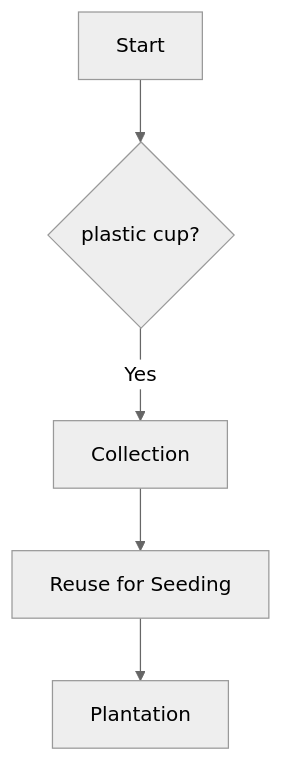
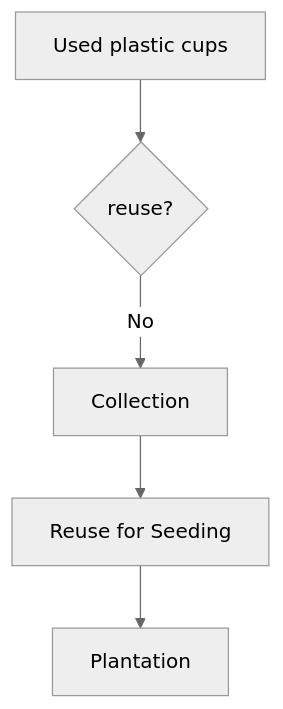
The diagram in README.md (Kietpawpan/esc), drawn with Mermaid (neutral theme) before and after one commit.

````diff
--- a/README.md
+++ b/README.md
@@ -9,7 +9,7 @@
 ```mermaid
 flowchart TD
-    A[Start] --> B{plastic cup?}
-    B -->|Yes| C[Collection]
+    A[Used plastic cups] --> B{reuse?}
+    B -->|No| C[Collection]
     C --> D[Reuse for Seeding]
     D --> E[Plantation]
 ```
````
